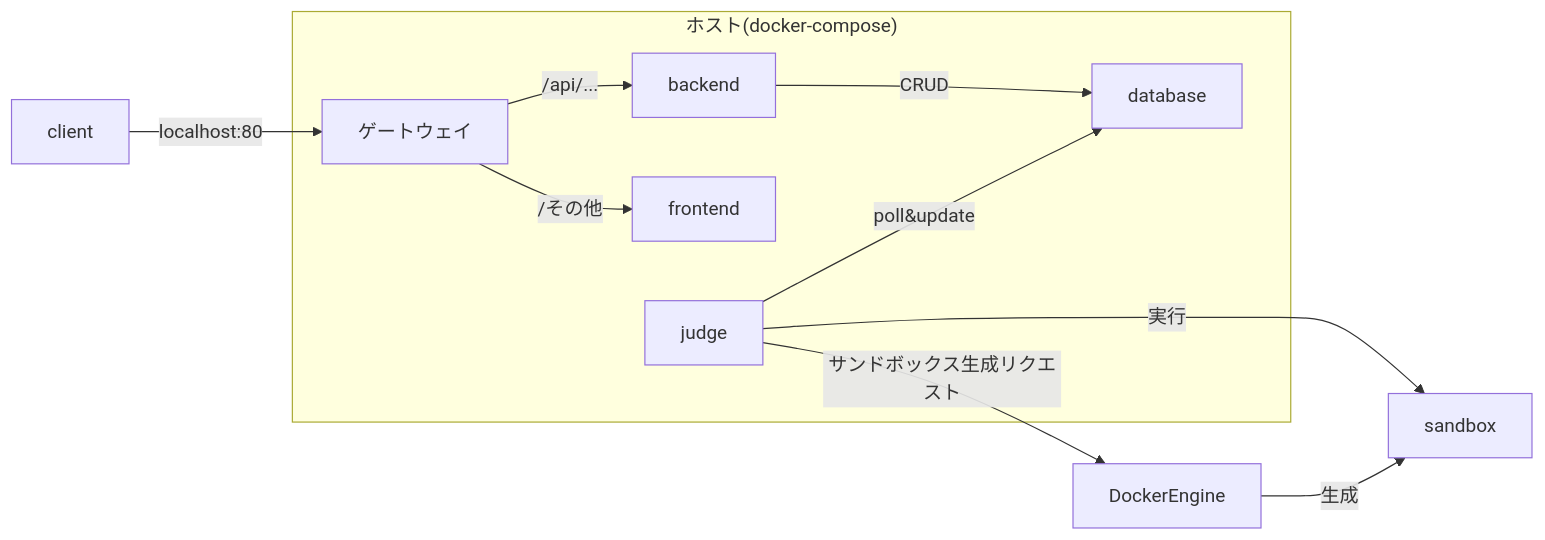
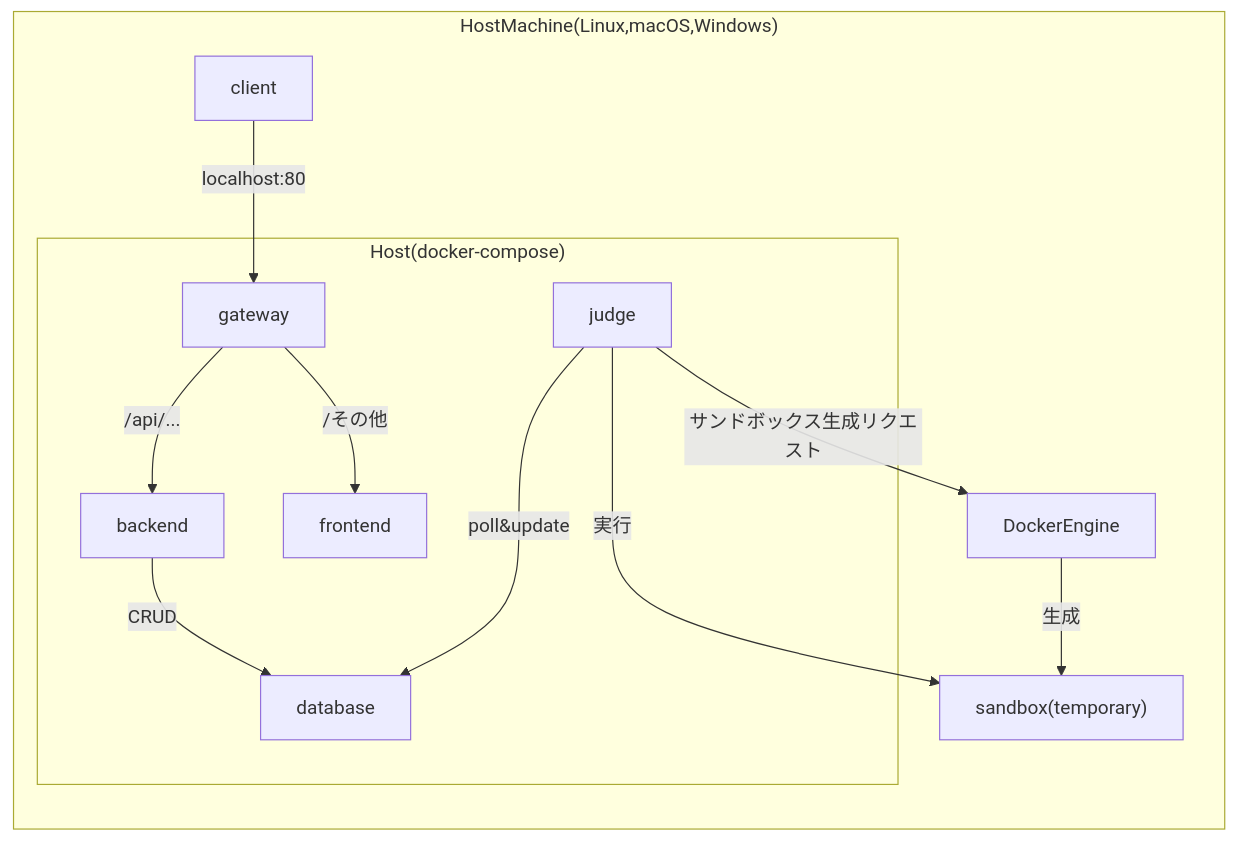
Before and after one commit to takoyaki65/dsa-project: the diagram in README.md, drawn with Mermaid. The commit also changed other lines of this file, not shown here.

````diff
--- a/README.md
+++ b/README.md
@@ -2,22 +2,24 @@
 ```mermaid
 flowchart LR
-  client
+  subgraph "HostMachine(Linux,macOS,Windows)"
+    client
+    subgraph "Host(docker-compose)"
+      GW[gateway]
+      BE[backend]
+      FE[frontend]
+      DB[database]
+      JD[judge]
+    end
+    DockerEngine
+    
+    client -->| localhost:80 | GW
+    GW -->| /api/... | BE
+    GW -->| /その他 | FE
 
-  subgraph "ホスト(docker-compose)"
-    GW[ゲートウェイ]
-    BE[backend]
-    FE[frontend]
-    DB[database]
-    JD[judge]
+    BE -->| CRUD | DB
+    JD -->| poll&update | DB
+    JD -->| 実行 | sandbox
+    JD -->| サンドボックス生成リクエスト | DockerEngine
+    DockerEngine -->| 生成 | sandbox["sandbox(temporary)"]
   end
-
-  client -->| localhost:80 | GW
-  GW -->| /api/... | BE
-  GW -->| /その他 | FE
-
-  BE -->| CRUD | DB
-  JD -->| poll&update | DB
-  JD -->| 実行 | sandbox
-  JD -->| サンドボックス生成リクエスト | DockerEngine
-  DockerEngine -->| 生成 | sandbox
 ```
````
